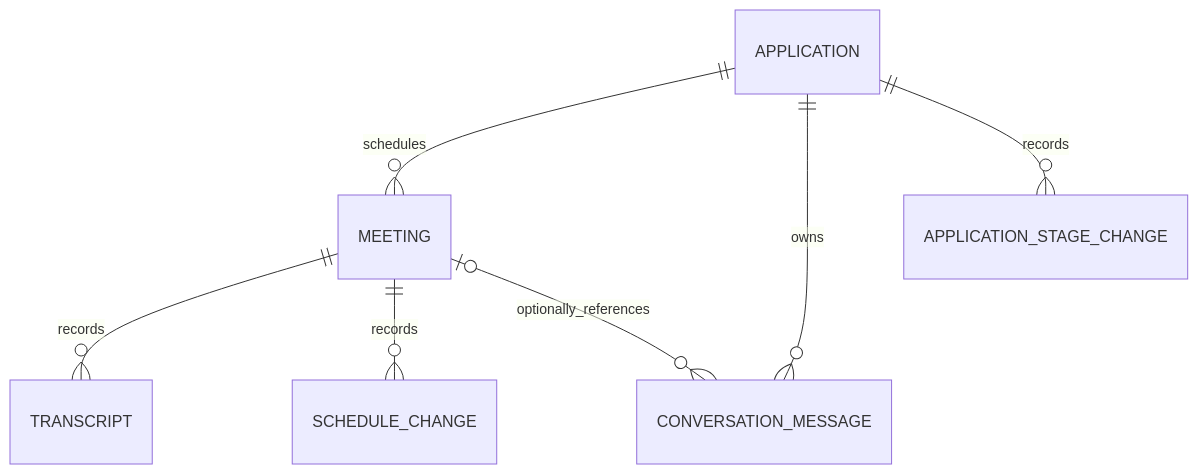
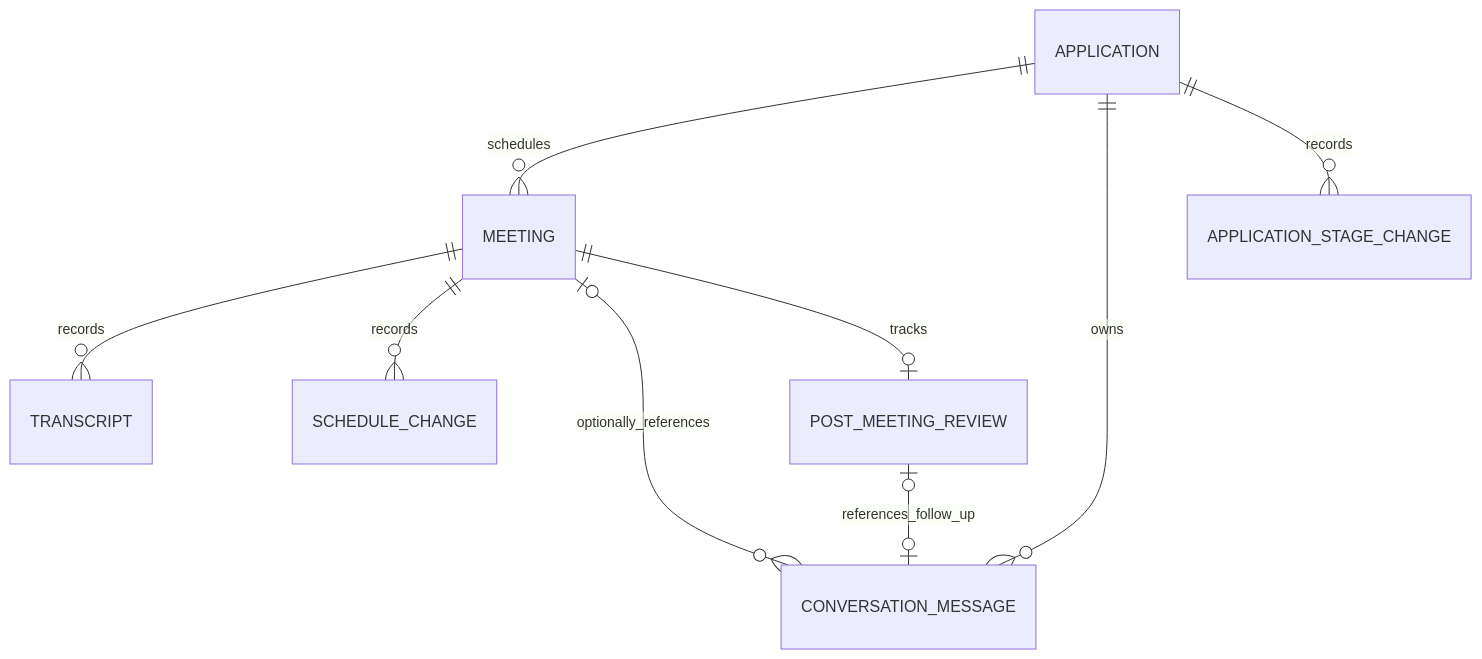
The second of 2 diagrams in docs/meeting-domain-design.md (worldcruise/ApplicationTracker_v2.1), drawn with Mermaid before and after one commit. The commit also changed other lines of this file and 689 other files, not shown here.

````diff
--- a/docs/meeting-domain-design.md
+++ b/docs/meeting-domain-design.md
@@ -11,9 +148,11 @@
 ```mermaid
 erDiagram
     APPLICATION ||--o{ MEETING : schedules
     APPLICATION ||--o{ CONVERSATION_MESSAGE : owns
     APPLICATION ||--o{ APPLICATION_STAGE_CHANGE : records
     MEETING ||--o{ TRANSCRIPT : records
     MEETING ||--o{ SCHEDULE_CHANGE : records
     MEETING o|--o{ CONVERSATION_MESSAGE : optionally_references
+    MEETING ||--o| POST_MEETING_REVIEW : tracks
+    POST_MEETING_REVIEW o|--o| CONVERSATION_MESSAGE : references_follow_up
 ```
````
